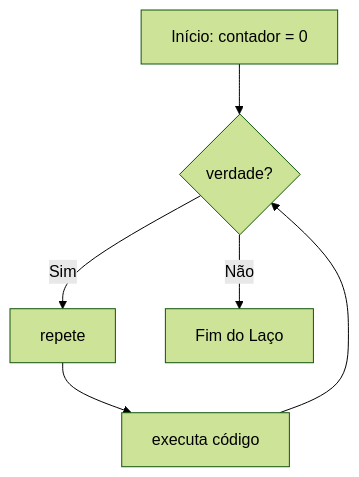
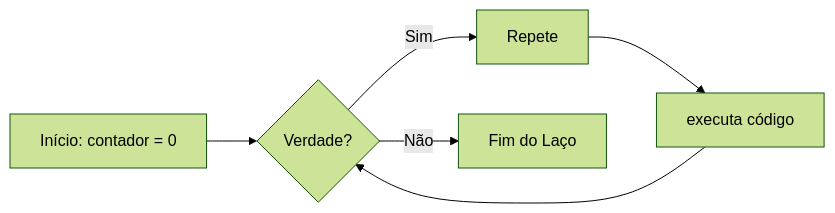
The sixth of 29 diagrams in README.md (Victor3621/backend), drawn with Mermaid (forest theme) before and after one commit. The commit also changed other lines of this file and 87 other files, not shown here.

````diff
--- a/README.md
+++ b/README.md
@@ -370,11 +373,11 @@
 ```mermaid
 
-flowchart TD
+graph LR
 
-    A[Início: contador = 0] --> B{verdade?}
-    B -- Sim --> C[repete]
+    A[Início: contador = 0] --> B{Verdade?}
+    B -- Sim --> C[Repete]
     C --> D[executa código]
     D --> B
     B -- Não --> E[Fim do Laço]
 
 ```
````
